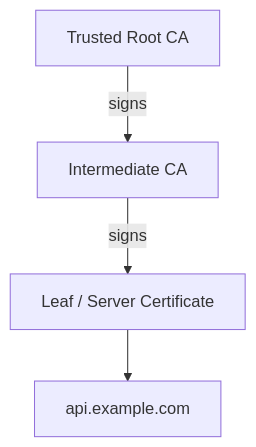
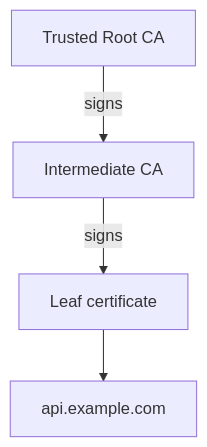
Before and after one commit to AvadhBhalodiya/Interview-Preparation: the third of 5 diagrams in src/content/security/https-tls-basics.md, drawn with Mermaid. The commit also changed other lines of this file and 54 other files, not shown here.

````diff
--- a/src/content/security/https-tls-basics.md
+++ b/src/content/security/https-tls-basics.md
@@ -454,6 +153,6 @@
 ```mermaid
 flowchart TD
     R[Trusted Root CA] -->|signs| I[Intermediate CA]
-    I -->|signs| L["Leaf / Server Certificate"]
+    I -->|signs| L[Leaf certificate]
     L --> H[api.example.com]
 ```
````
